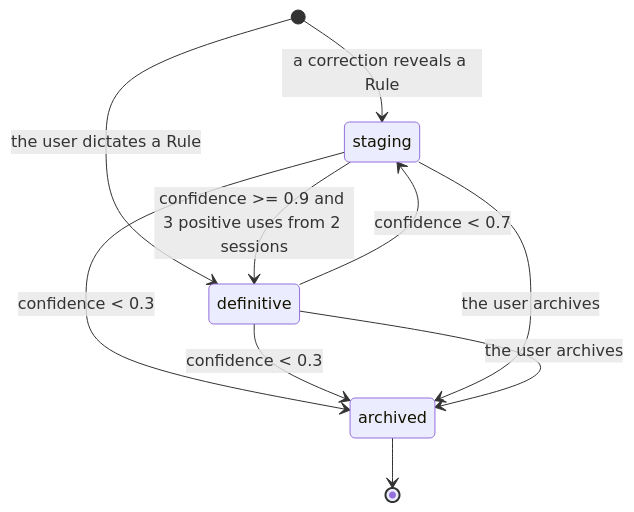
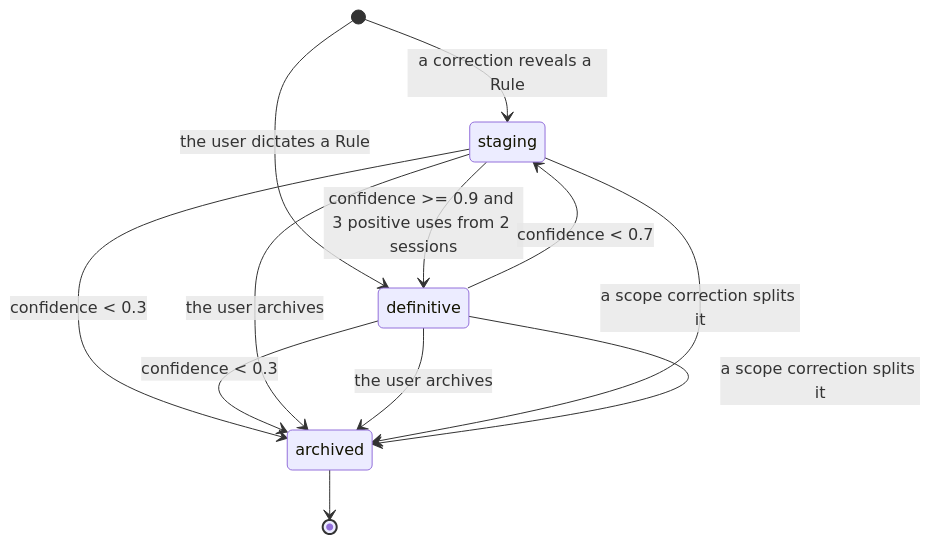
The third of 4 diagrams in docs/models/rule-system.md (salvatorebottiglieri/botti-agent), drawn with Mermaid before and after one commit. The commit also changed other lines of this file and 2 other files, not shown here.

````diff
--- a/docs/models/rule-system.md
+++ b/docs/models/rule-system.md
@@ -80,13 +83,15 @@
 ```mermaid
 stateDiagram-v2
   %% Rule
   [*] --> staging : a correction reveals a Rule
   [*] --> definitive : the user dictates a Rule
   staging --> definitive : confidence >= 0.9 and 3 positive uses from 2 sessions
   definitive --> staging : confidence < 0.7
   staging --> archived : confidence < 0.3
   definitive --> archived : confidence < 0.3
   staging --> archived : the user archives
   definitive --> archived : the user archives
+  staging --> archived : a scope correction splits it
+  definitive --> archived : a scope correction splits it
   archived --> [*]
 ```
````
